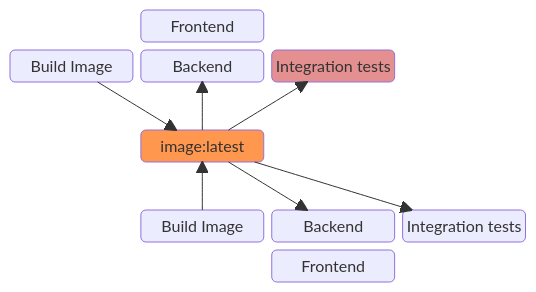
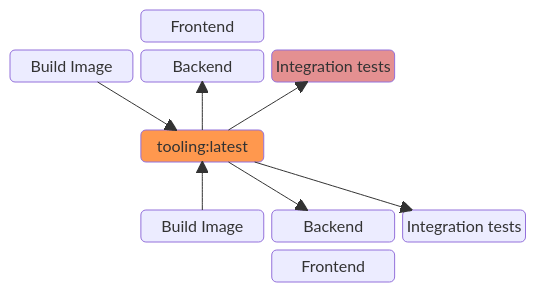
Before and after one commit to Raniz85/talks_pipeline-antipatterns: the third of 3 diagrams in pages/interference.md, drawn with Mermaid. The commit also changed 1 other file, not shown here.

Commit message:
Some tweaks to improve flow

````diff
--- a/pages/interference.md
+++ b/pages/interference.md
@@ -58,22 +58,22 @@
 ```mermaid { theme: 'forest' }
 block-beta
     columns 4
     space 1f("Frontend") space:2
     1bi("Build Image") 1b("Backend") 1it("Integration tests") space
     space:4
-    space r("image:latest") space:2
+    space r("tooling:latest") space:2
     space:4
     space 2bi("Build Image") 2b("Backend") 2it("Integration tests")
     space:2 2f("Frontend") space
     
     1bi-->r
     2bi-->r
     r-->1b
     r-->1it
     r-->2b
     r-->2it
     
     style r fill: #ff984e
     classDef failed fill: #e49091
     class 1it failed
 ```
````
